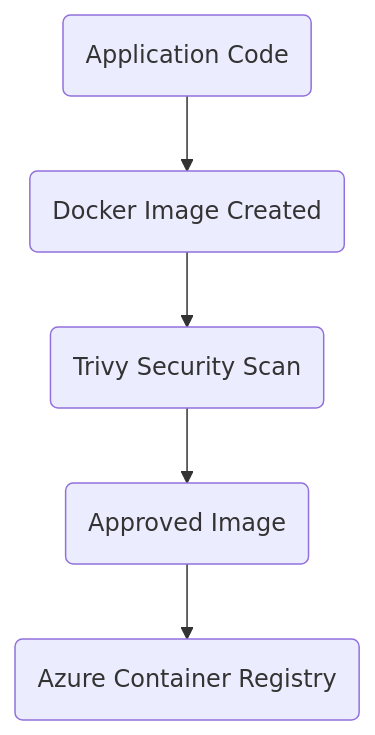
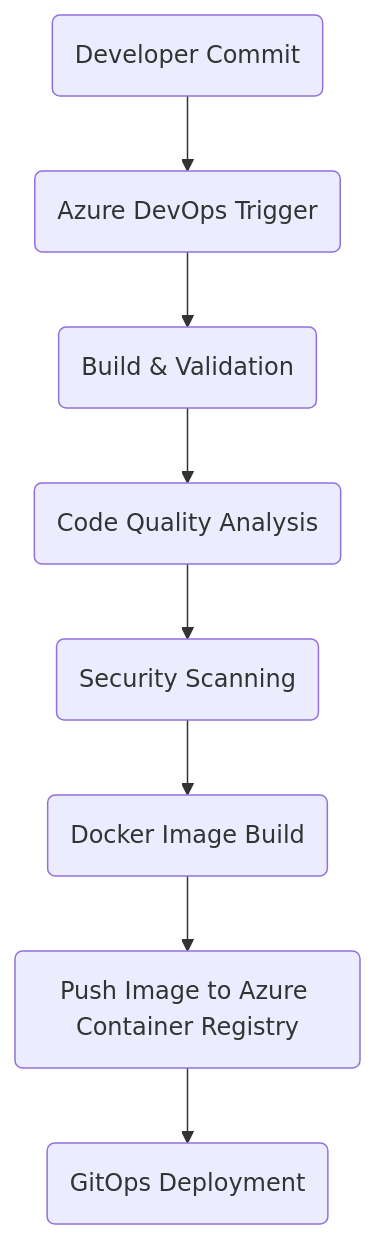
The tenth of 29 diagrams in README.md (bymalathi/flavorforge-azure-devsecops-capstone), drawn with Mermaid before and after one commit. The commit also changed other lines of this file, not shown here.

````diff
--- a/README.md
+++ b/README.md
@@ -675,13 +692,19 @@
 ```mermaid
 flowchart TD
-    A(Application Code)
-    B(Docker Image Created)
-    C(Trivy Security Scan)
-    D(Approved Image)
-    E(Azure Container Registry)
+    A(Developer Commit)
+    B(Azure DevOps Trigger)
+    C(Build & Validation)
+    D(Code Quality Analysis)
+    E(Security Scanning)
+    F(Docker Image Build)
+    G(Push Image to Azure Container Registry)
+    H(GitOps Deployment)
 
     A --> B
     B --> C
     C --> D
     D --> E
+    E --> F
+    F --> G
+    G --> H
 ```
````
